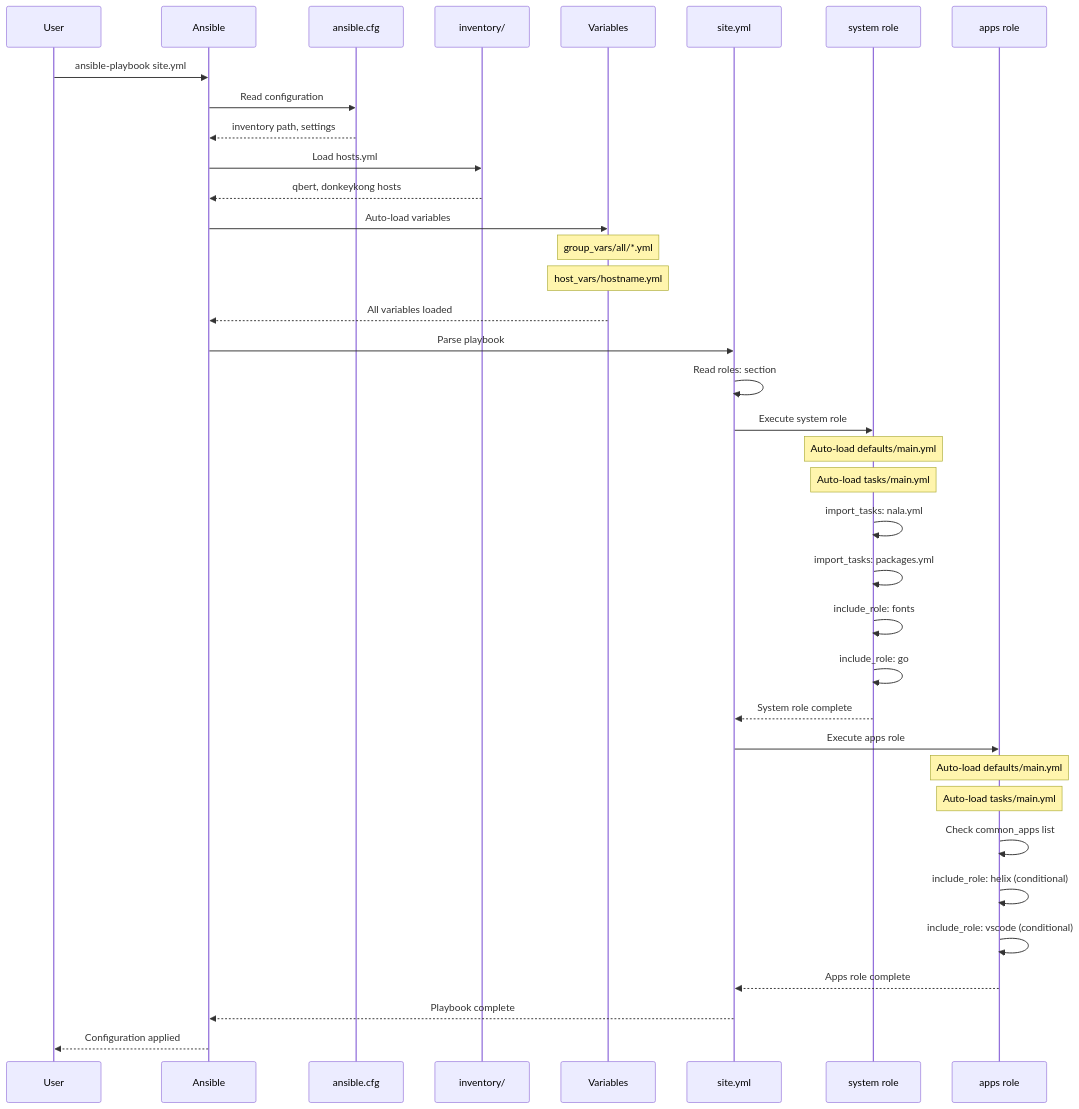
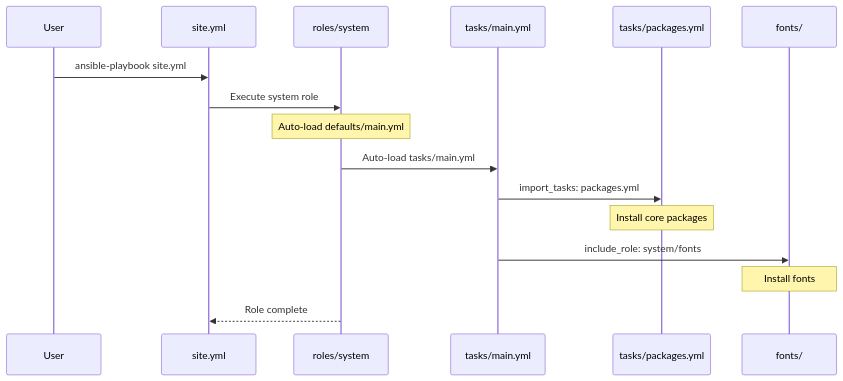
Before and after one commit to bashfulrobot/desktoperator: the fifth of 5 diagrams in docs/ansible-architecture.md, drawn with Mermaid. The commit also changed other lines of this file, not shown here.

Commit message:
Simplify ansible-architecture.md to focus on concepts over exhaustive documentation

````diff
--- a/docs/ansible-architecture.md
+++ b/docs/ansible-architecture.md
@@ -480,46 +173,19 @@
 ```mermaid
 sequenceDiagram
     participant User
-    participant Ansible
-    participant Config as ansible.cfg
-    participant Inventory as inventory/
-    participant Vars as Variables
-    participant Site as site.yml
-    participant System as system role
-    participant Apps as apps role
+    participant site.yml
+    participant system as roles/system
+    participant tasks as tasks/main.yml
+    participant subtask as tasks/packages.yml
+    participant subrole as fonts/
     
-    User->>Ansible: ansible-playbook site.yml
-    Ansible->>Config: Read configuration
-    Config-->>Ansible: inventory path, settings
-    
-    Ansible->>Inventory: Load hosts.yml
-    Inventory-->>Ansible: qbert, donkeykong hosts
-    
-    Ansible->>Vars: Auto-load variables
-    Note over Vars: group_vars/all/*.yml
-    Note over Vars: host_vars/hostname.yml
-    Vars-->>Ansible: All variables loaded
-    
-    Ansible->>Site: Parse playbook
-    Site->>Site: Read roles: section
-    
-    Site->>System: Execute system role
-    Note over System: Auto-load defaults/main.yml
-    Note over System: Auto-load tasks/main.yml
-    System->>System: import_tasks: nala.yml
-    System->>System: import_tasks: packages.yml
-    System->>System: include_role: fonts
-    System->>System: include_role: go
-    System-->>Site: System role complete
-    
-    Site->>Apps: Execute apps role
-    Note over Apps: Auto-load defaults/main.yml
-    Note over Apps: Auto-load tasks/main.yml
-    Apps->>Apps: Check common_apps list
-    Apps->>Apps: include_role: helix (conditional)
-    Apps->>Apps: include_role: vscode (conditional)
-    Apps-->>Site: Apps role complete
-    
-    Site-->>Ansible: Playbook complete
-    Ansible-->>User: Configuration applied
+    User->>site.yml: ansible-playbook site.yml
+    site.yml->>system: Execute system role
+    Note over system: Auto-load defaults/main.yml
+    system->>tasks: Auto-load tasks/main.yml
+    tasks->>subtask: import_tasks: packages.yml
+    Note over subtask: Install core packages
+    tasks->>subrole: include_role: system/fonts
+    Note over subrole: Install fonts
+    system-->>site.yml: Role complete
 ```
````
